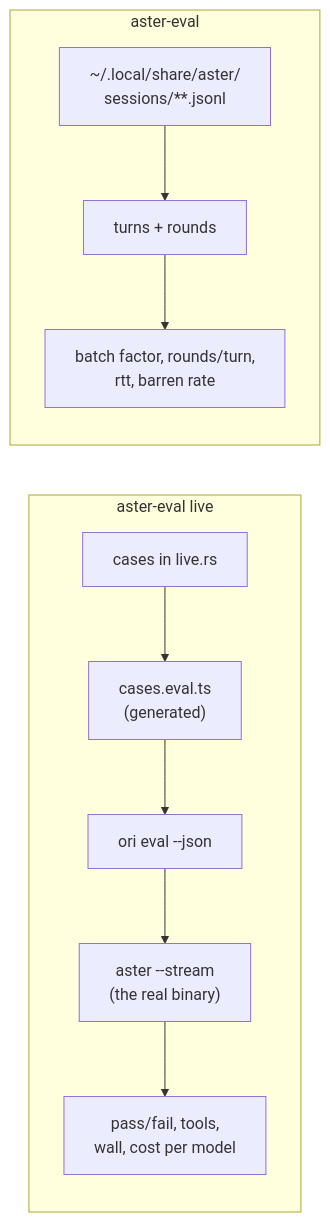
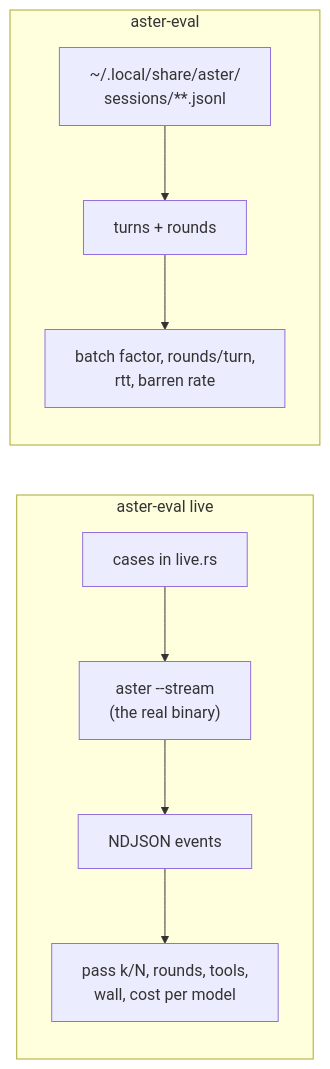
The diagram in docs/EVAL.md (Zfinix/aster), drawn with Mermaid before and after one commit. The commit also changed other lines of this file and 1 other file, not shown here.

First line of the commit message:
feat(eval): run terminal-bench through a harbor adapter

````diff
--- a/docs/EVAL.md
+++ b/docs/EVAL.md
@@ -16,13 +16,12 @@
 ```mermaid
 graph LR
     subgraph Live["aster-eval live"]
-        C["cases in live.rs"] --> G["cases.eval.ts<br/>(generated)"]
-        G --> O["ori eval --json"]
-        O --> B["aster --stream<br/>(the real binary)"]
-        B --> R1["pass/fail, tools,<br/>wall, cost per model"]
+        C["cases in live.rs"] --> B["aster --stream<br/>(the real binary)"]
+        B --> E["NDJSON events"]
+        E --> R1["pass k/N, rounds, tools,<br/>wall, cost per model"]
     end
     subgraph Offline["aster-eval"]
         S["~/.local/share/aster/<br/>sessions/**.jsonl"] --> T["turns + rounds"]
         T --> R2["batch factor, rounds/turn,<br/>rtt, barren rate"]
     end
 ```
````
